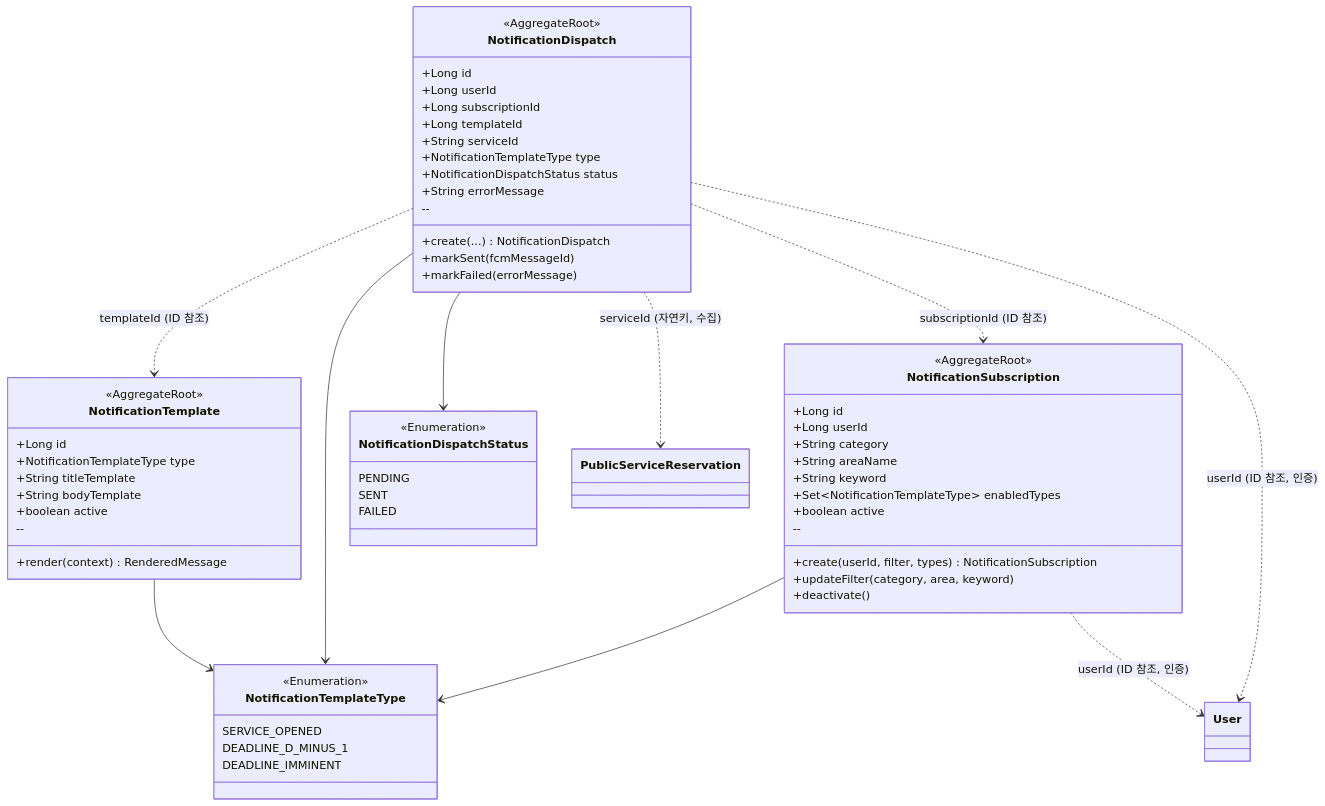
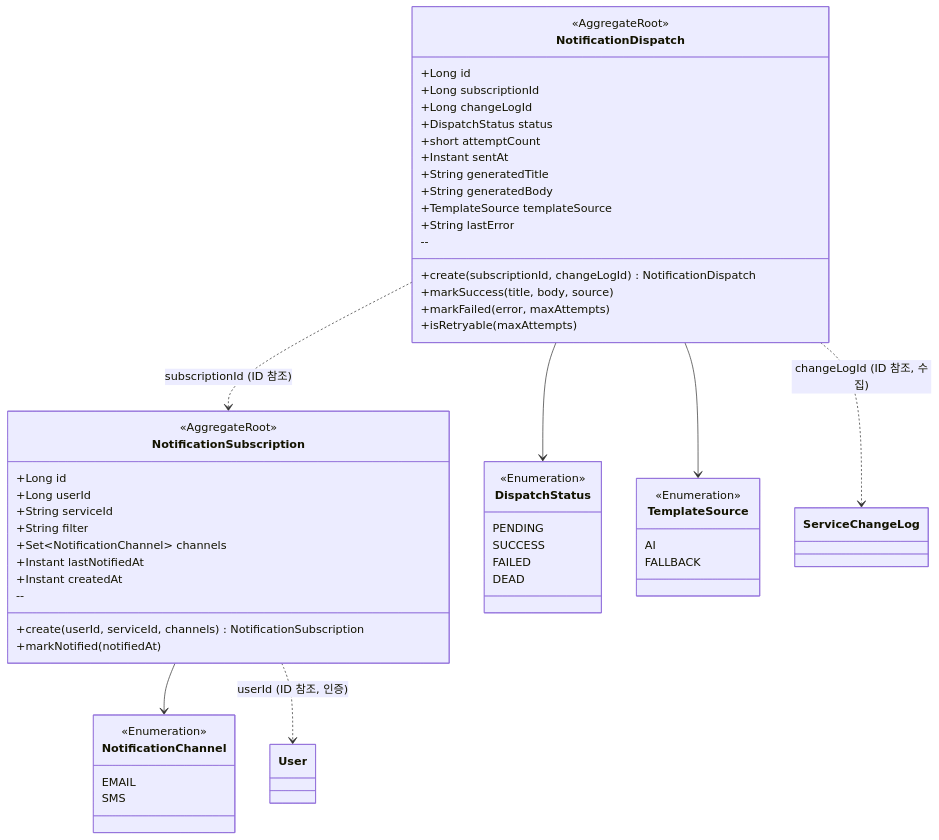
One commit to f-lab-edu/on-seoul changed the fifth of 8 diagrams in docs/domain-model.md. Above: the diagram before and after it, drawn with Mermaid. The commit also changed other lines of this file and 2 other files, not shown here.

Commit message:
docs: notification BC README 추가, 도메인 모델·API 서비스 README 업데이트
- notification/README.md 신규 작성 (역할, 모듈 구조, 도메인 모델, 발송 흐름, 어댑터 설명, 설정값, BC 간 의존 관계)
- on-seoul-api/README.md — 수직 BC 멀티모듈 구조 반영, PATCH /api/users/me/contact 엔드포인트 추가
- docs/domain-model.md — Section 5 알림 BC: FCM 제거, Knock/SMS/EMAIL 기반 모델로 재작성 (channels, TemplateSource 포함)

````diff
--- a/docs/domain-model.md
+++ b/docs/domain-model.md
@@ -274,70 +276,64 @@
 ```mermaid
 classDiagram
     direction TB
 
     class NotificationSubscription {
         <<AggregateRoot>>
         +Long id
         +Long userId
-        +String category
-        +String areaName
-        +String keyword
-        +Set~NotificationTemplateType~ enabledTypes
-        +boolean active
+        +String serviceId
+        +String filter
+        +Set~NotificationChannel~ channels
+        +Instant lastNotifiedAt
+        +Instant createdAt
         --
-        +create(userId, filter, types) NotificationSubscription
-        +updateFilter(category, area, keyword)
-        +deactivate()
-    }
-
-    class NotificationTemplate {
-        <<AggregateRoot>>
-        +Long id
-        +NotificationTemplateType type
-        +String titleTemplate
-        +String bodyTemplate
-        +boolean active
-        --
-        +render(context) RenderedMessage
+        +create(userId, serviceId, channels) NotificationSubscription
+        +markNotified(notifiedAt)
     }
 
     class NotificationDispatch {
         <<AggregateRoot>>
         +Long id
-        +Long userId
         +Long subscriptionId
-        +Long templateId
-        +String serviceId
-        +NotificationTemplateType type
-        +NotificationDispatchStatus status
-        +String errorMessage
+        +Long changeLogId
+        +DispatchStatus status
+        +short attemptCount
+        +Instant sentAt
+        +String generatedTitle
+        +String generatedBody
+        +TemplateSource templateSource
+        +String lastError
         --
-        +create(...) NotificationDispatch
-        +markSent(fcmMessageId)
-        +markFailed(errorMessage)
+        +create(subscriptionId, changeLogId) NotificationDispatch
+        +markSuccess(title, body, source)
+        +markFailed(error, maxAttempts)
+        +isRetryable(maxAttempts)
     }
 
-    class NotificationTemplateType {
+    class NotificationChannel {
         <<Enumeration>>
-        SERVICE_OPENED
-        DEADLINE_D_MINUS_1
-        DEADLINE_IMMINENT
+        EMAIL
+        SMS
     }
 
-    class NotificationDispatchStatus {
+    class DispatchStatus {
         <<Enumeration>>
         PENDING
-        SENT
+        SUCCESS
         FAILED
+        DEAD
     }
 
-    NotificationSubscription --> NotificationTemplateType
-    NotificationDispatch --> NotificationTemplateType
-    NotificationDispatch --> NotificationDispatchStatus
-    NotificationTemplate --> NotificationTemplateType
+    class TemplateSource {
+        <<Enumeration>>
+        AI
+        FALLBACK
+    }
+
+    NotificationSubscription --> NotificationChannel
+    NotificationDispatch --> DispatchStatus
+    NotificationDispatch --> TemplateSource
     NotificationDispatch ..> NotificationSubscription : subscriptionId (ID 참조)
-    NotificationDispatch ..> NotificationTemplate : templateId (ID 참조)
-    NotificationDispatch ..> User : userId (ID 참조, 인증)
-    NotificationDispatch ..> PublicServiceReservation : serviceId (자연키, 수집)
     NotificationSubscription ..> User : userId (ID 참조, 인증)
+    NotificationDispatch ..> ServiceChangeLog : changeLogId (ID 참조, 수집)
 ```
````
